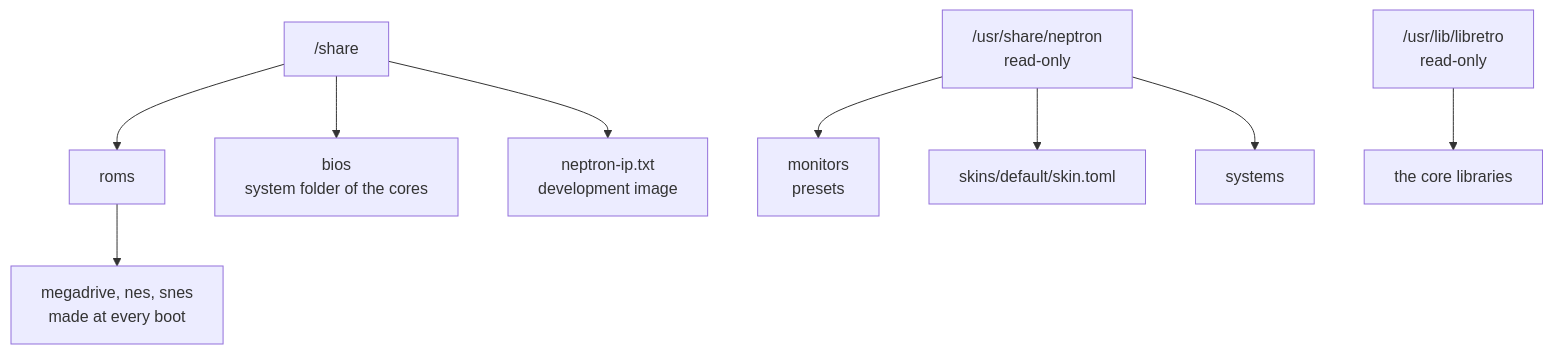
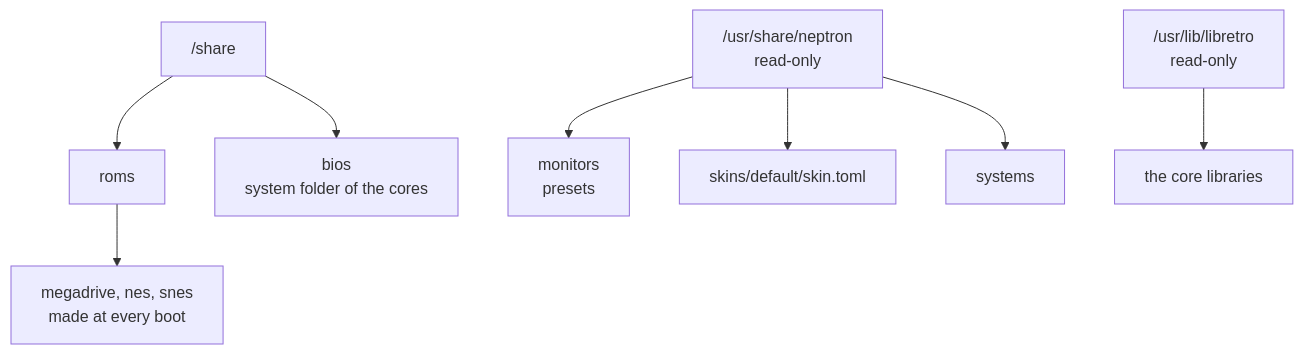
One commit to paologaleotti/neptron changed the third of 4 diagrams in docs/flows/08-on-disk.md. Above: the diagram before and after it, drawn with Mermaid. The commit also changed other lines of this file and 11 other files, not shown here.

````diff
--- a/docs/flows/08-on-disk.md
+++ b/docs/flows/08-on-disk.md
@@ -38,11 +38,10 @@
 ```mermaid
 flowchart TD
     SH["/share"] --> R["roms"]
     R --> RS["megadrive, nes, snes<br/>made at every boot"]
     SH --> B["bios<br/>system folder of the cores"]
-    SH --> IP["neptron-ip.txt<br/>development image"]
     DATA["/usr/share/neptron<br/>read-only"] --> M["monitors<br/>presets"]
     DATA --> SK["skins/default/skin.toml"]
     DATA --> SYS["systems"]
     CORES["/usr/lib/libretro<br/>read-only"] --> CO["the core libraries"]
 ```
````
